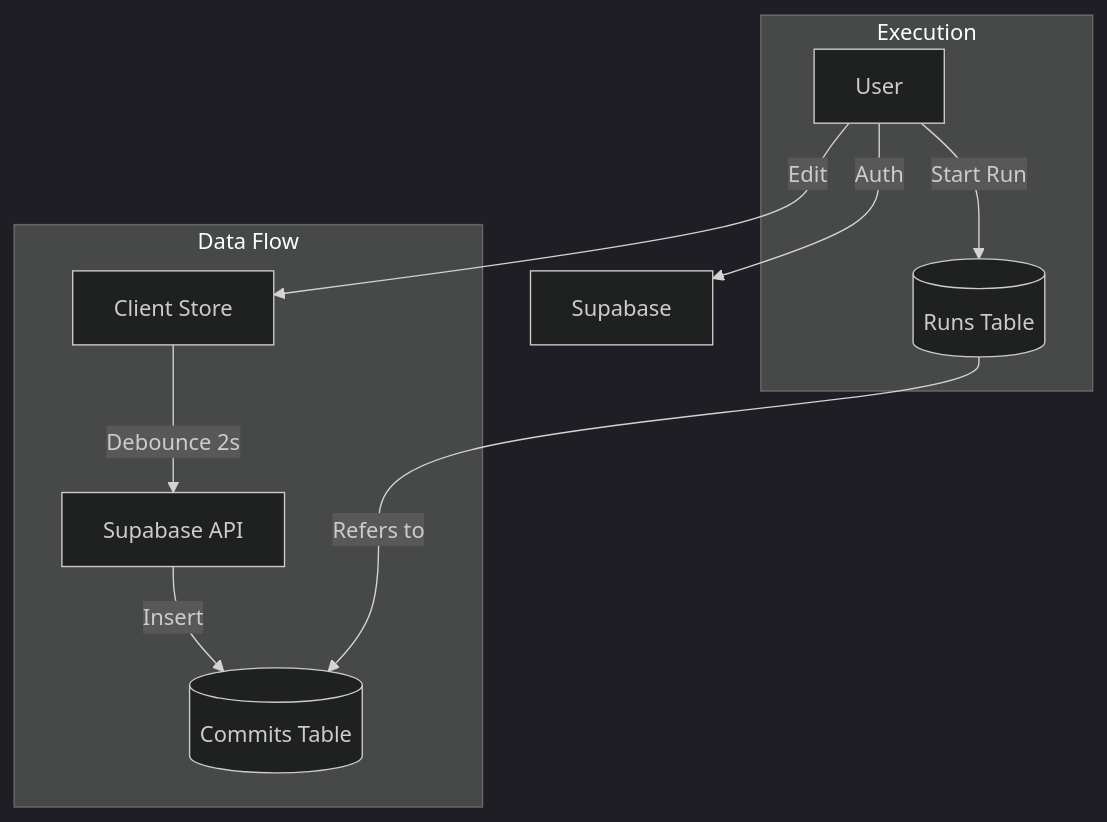
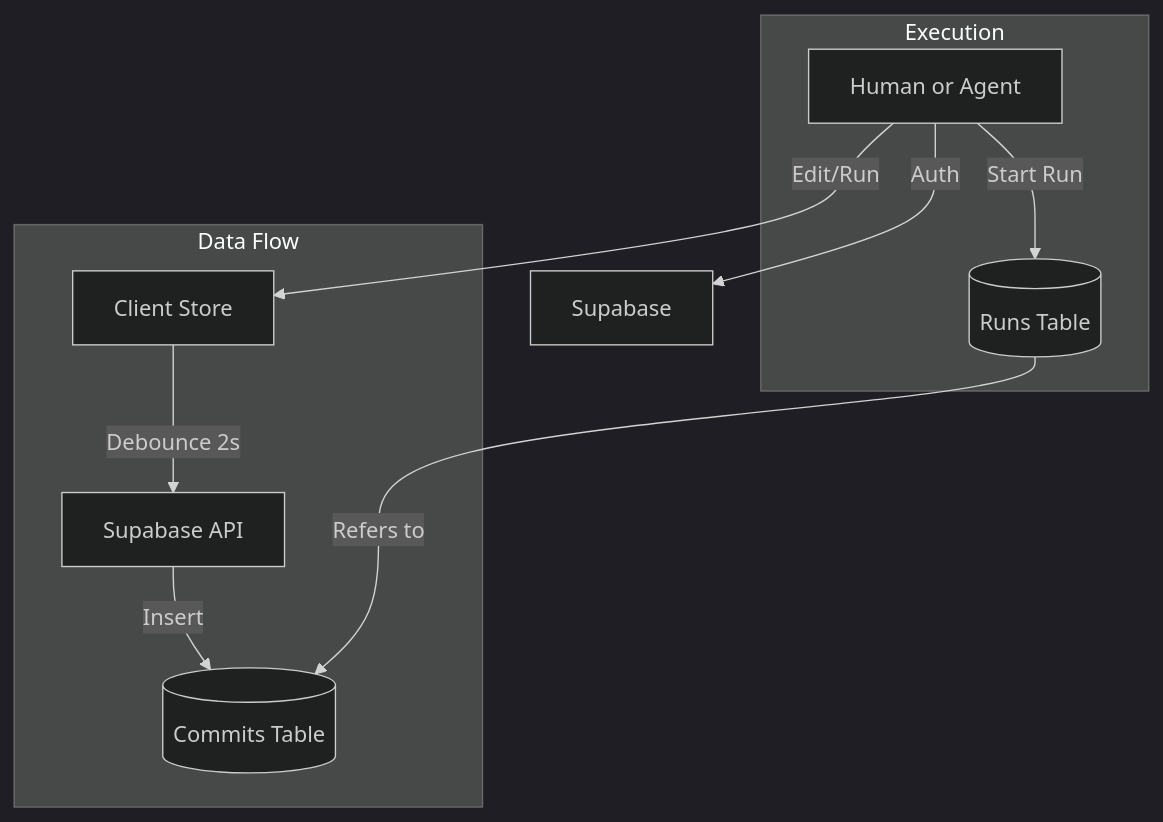
The diagram in ARCHITECTURE.md (Rajaramesh-polumuru/checklist-hq), drawn with Mermaid (dark theme) before and after one commit. The commit also changed other lines of this file and 3 other files, not shown here.

Commit message:
feat: establish hybrid intelligence vision with a new manifesto and agent-ready architecture updates.

````diff
--- a/ARCHITECTURE.md
+++ b/ARCHITECTURE.md
@@ -82,15 +89,15 @@
 ```mermaid
 graph TD
-    User -->|Auth| Supabase
-    User -->|Edit| Zustand[Client Store]
+    User[Human or Agent] -->|Auth| Supabase
+    User -->|Edit/Run| Zustand[Client Store]
     
     subgraph Data Flow
     Zustand -->|Debounce 2s| API[Supabase API]
     API -->|Insert| Commits[(Commits Table)]
     end
     
     subgraph Execution
     User -->|Start Run| Runs[(Runs Table)]
     Runs -->|Refers to| Commits
     end
 ```
````
